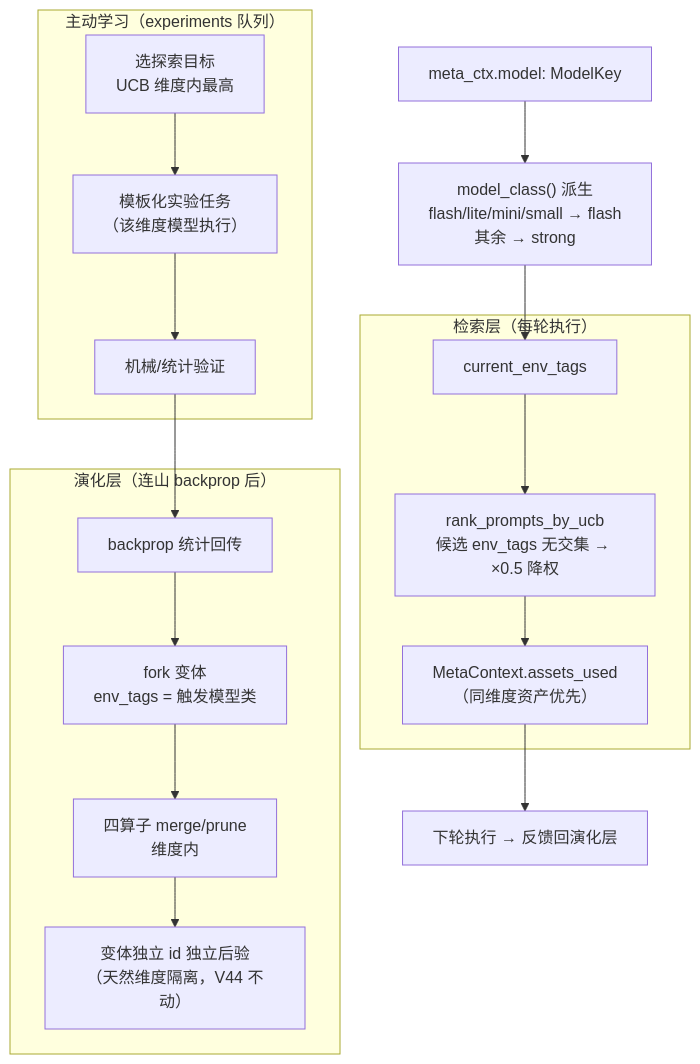
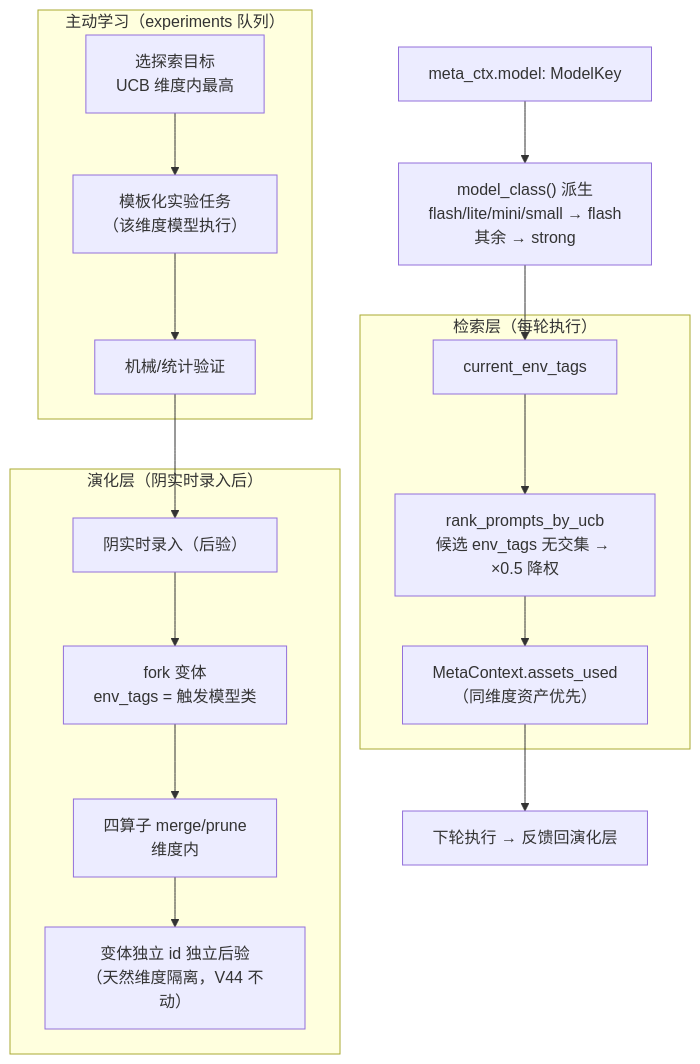
Before and after one commit to wenge6090-tech/taiji: diagram 14 of 18 in Blueprint.md, drawn with Mermaid. The commit also changed other lines of this file and 62 other files, not shown here.

````diff
--- a/Blueprint.md
+++ b/Blueprint.md
@@ -1362,24 +723,24 @@
 ```mermaid
 flowchart TD
     MK["meta_ctx.model: ModelKey"] --> MC["model_class() 派生<br/>flash/lite/mini/small → flash<br/>其余 → strong"]
     MC --> CET["current_env_tags"]
 
     subgraph RETRIEVE["检索层（每轮执行）"]
         CET --> RANK["rank_prompts_by_ucb<br/>候选 env_tags 无交集 → ×0.5 降权"]
         RANK --> MCX["MetaContext.assets_used<br/>（同维度资产优先）"]
     end
 
-    subgraph EVOLVE["演化层（连山 backprop 后）"]
-        BP["backprop 统计回传"] --> FK["fork 变体<br/>env_tags = 触发模型类"]
+    subgraph EVOLVE["演化层（阴实时录入后）"]
+        BP["阴实时录入（后验）"] --> FK["fork 变体<br/>env_tags = 触发模型类"]
         FK --> EV["四算子 merge/prune<br/>维度内"]
         EV --> STAT["变体独立 id 独立后验<br/>（天然维度隔离，V44 不动）"]
     end
 
     subgraph ACTIVE["主动学习（experiments 队列）"]
         PICK["选探索目标<br/>UCB 维度内最高"] --> EXP["模板化实验任务<br/>（该维度模型执行）"]
         EXP --> VER["机械/统计验证"]
         VER --> BP
     end
 
     MCX --> NEXT["下轮执行 → 反馈回演化层"]
 ```
````
